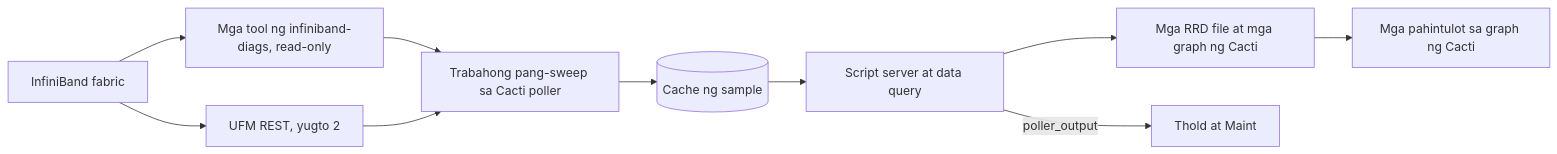
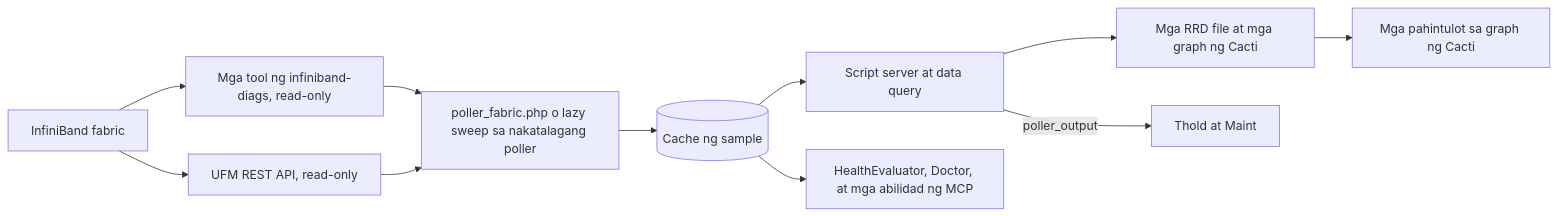
One commit to somethingwithproof/plugin_fabric changed the diagram in docs/i18n/fil-PH/README.md. Above: the diagram before and after it, drawn with Mermaid. The commit also changed other lines of this file and 48 other files, not shown here.

````diff
--- a/docs/i18n/fil-PH/README.md
+++ b/docs/i18n/fil-PH/README.md
@@ -92,12 +132,13 @@
 ```mermaid
 flowchart LR
     F[InfiniBand fabric] --> T[Mga tool ng infiniband-diags, read-only]
-    F --> U[UFM REST, yugto 2]
-    T --> S[Trabahong pang-sweep sa Cacti poller]
+    F --> U[UFM REST API, read-only]
+    T --> S[poller_fabric.php o lazy sweep sa nakatalagang poller]
     U --> S
     S --> C[(Cache ng sample)]
     C --> SS[Script server at data query]
     SS --> R[Mga RRD file at mga graph ng Cacti]
     SS -->|poller_output| TH[Thold at Maint]
+    C --> H[HealthEvaluator, Doctor, at mga abilidad ng MCP]
     R --> P[Mga pahintulot sa graph ng Cacti]
 ```
````
